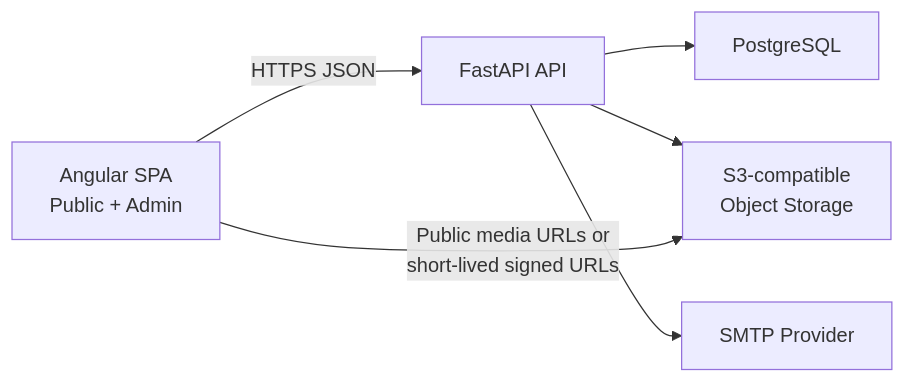
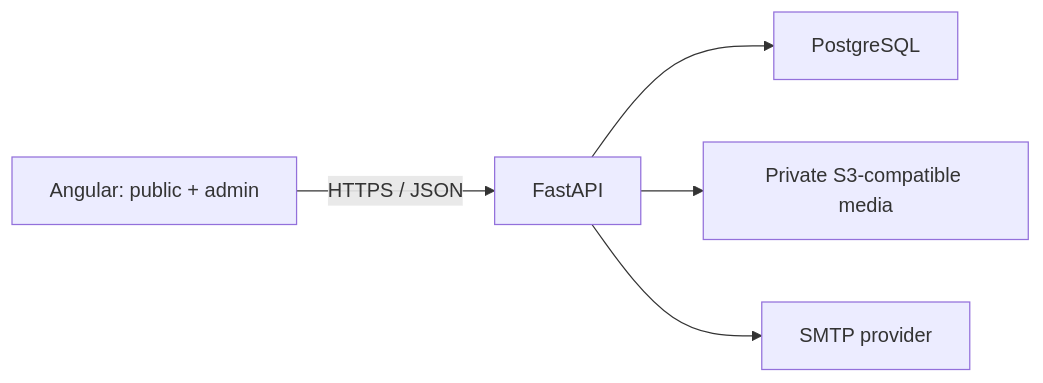
One commit to dross73/real_estate_project changed the diagram in docs/architecture.md. Above: the diagram before and after it, drawn with Mermaid. The commit also changed other lines of this file and 20 other files, not shown here.

````diff
--- a/docs/architecture.md
+++ b/docs/architecture.md
@@ -9,11 +7,7 @@
 ```mermaid
 flowchart LR
-    Browser["Angular SPA
-Public + Admin"] -->|HTTPS JSON| API["FastAPI API"]
+    Browser["Angular: public + admin"] -->|HTTPS / JSON| API["FastAPI"]
     API --> DB["PostgreSQL"]
-    API --> Storage["S3-compatible
-Object Storage"]
-    API --> Mail["SMTP Provider"]
-    Browser -->|Public media URLs or
-short-lived signed URLs| Storage
+    API --> Storage["Private S3-compatible media"]
+    API --> Mail["SMTP provider"]
 ```
````
